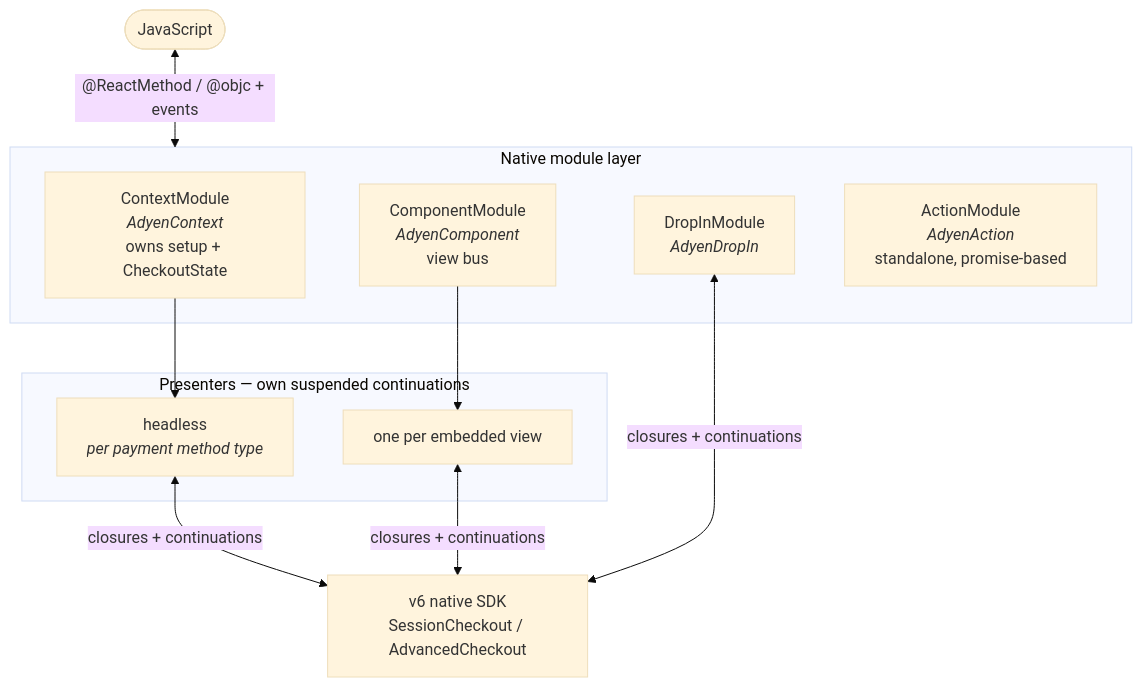
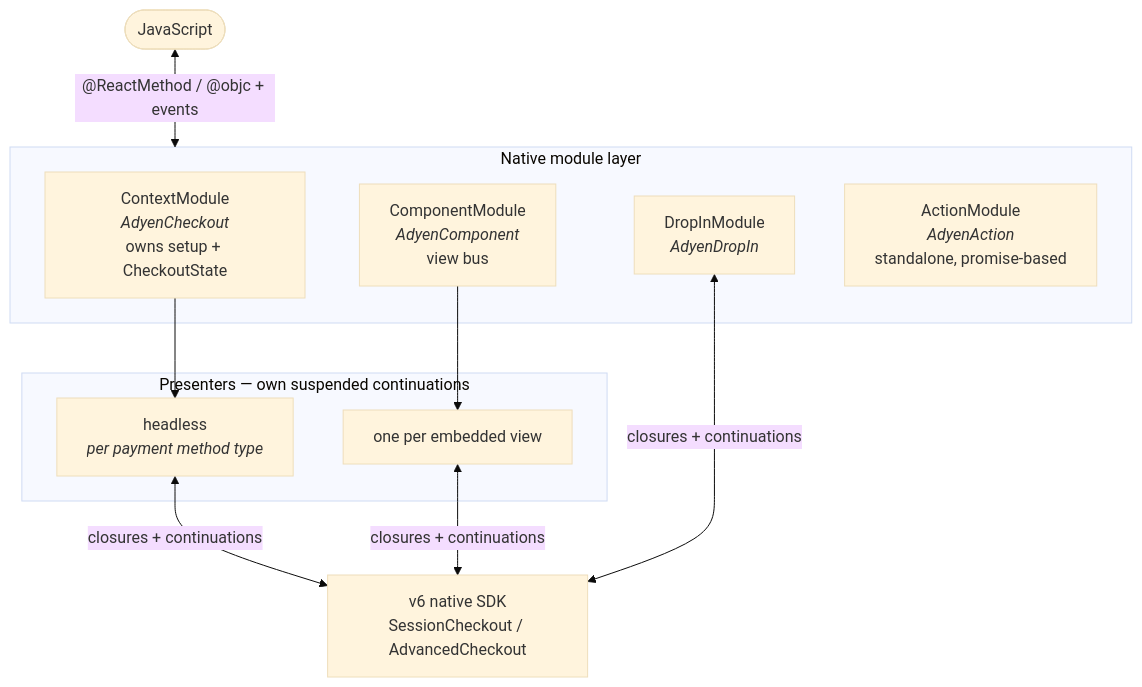
One commit to Adyen/adyen-react-native changed the first of 7 diagrams in docs/native-architecture.md. Above: the diagram before and after it, drawn with Mermaid (base theme). The commit also changed other lines of this file and 17 other files, not shown here.

First line of the commit message:
refactor!: rename the AdyenContext bridge module to AdyenCheckout

````diff
--- a/docs/native-architecture.md
+++ b/docs/native-architecture.md
@@ -9,23 +9,23 @@
 ```mermaid
 flowchart TB
   JS(["JavaScript"])
 
   subgraph N["Native module layer"]
-    CTX["ContextModule<br/><i>AdyenContext</i><br/>owns setup + CheckoutState"]
+    CTX["ContextModule<br/><i>AdyenCheckout</i><br/>owns setup + CheckoutState"]
     DIM["DropInModule<br/><i>AdyenDropIn</i>"]
     CPM["ComponentModule<br/><i>AdyenComponent</i><br/>view bus"]
     ACT["ActionModule<br/><i>AdyenAction</i><br/>standalone, promise-based"]
   end
 
   subgraph P["Presenters — own suspended continuations"]
     HP["headless<br/><i>per payment method type</i>"]
     VP["one per embedded view"]
   end
 
   SDK["v6 native SDK<br/>SessionCheckout / AdvancedCheckout"]
 
   JS <-->|"@ReactMethod / @objc + events"| N
   CTX --> HP
   CPM --> VP
   HP & VP & DIM <-->|"closures + continuations"| SDK
 ```
````
